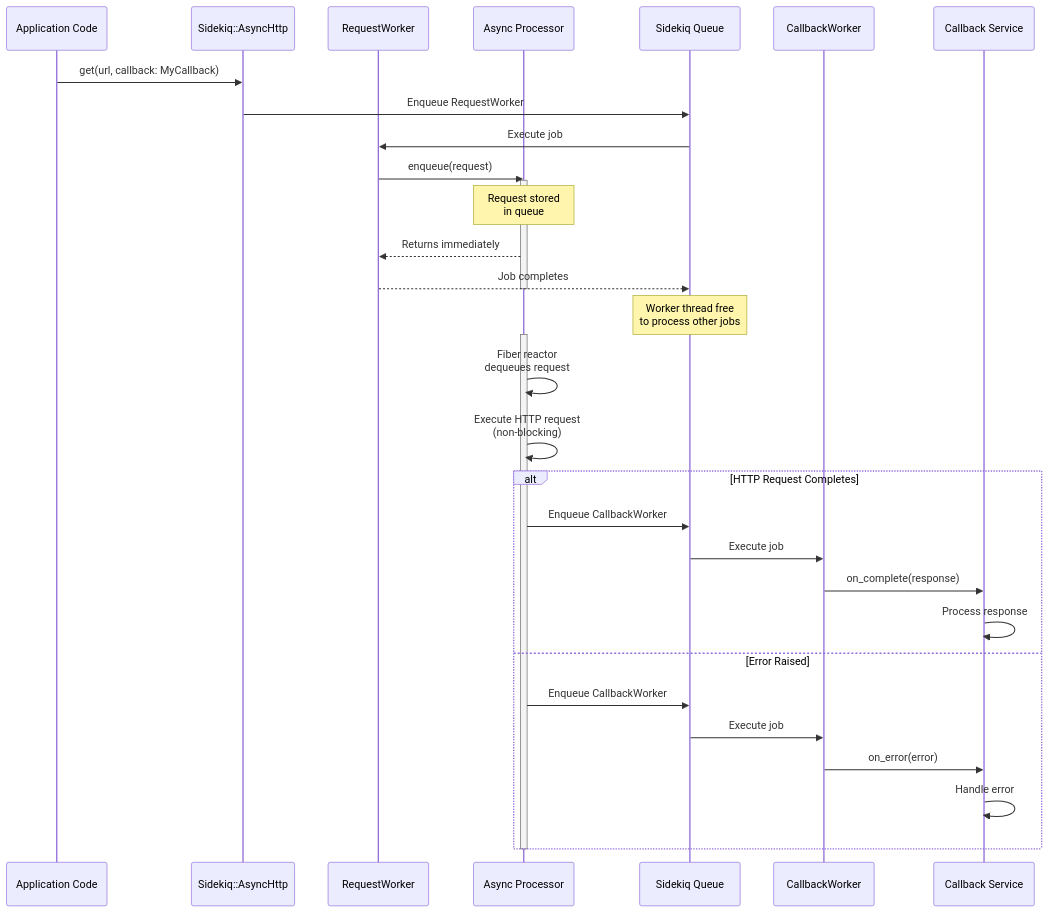
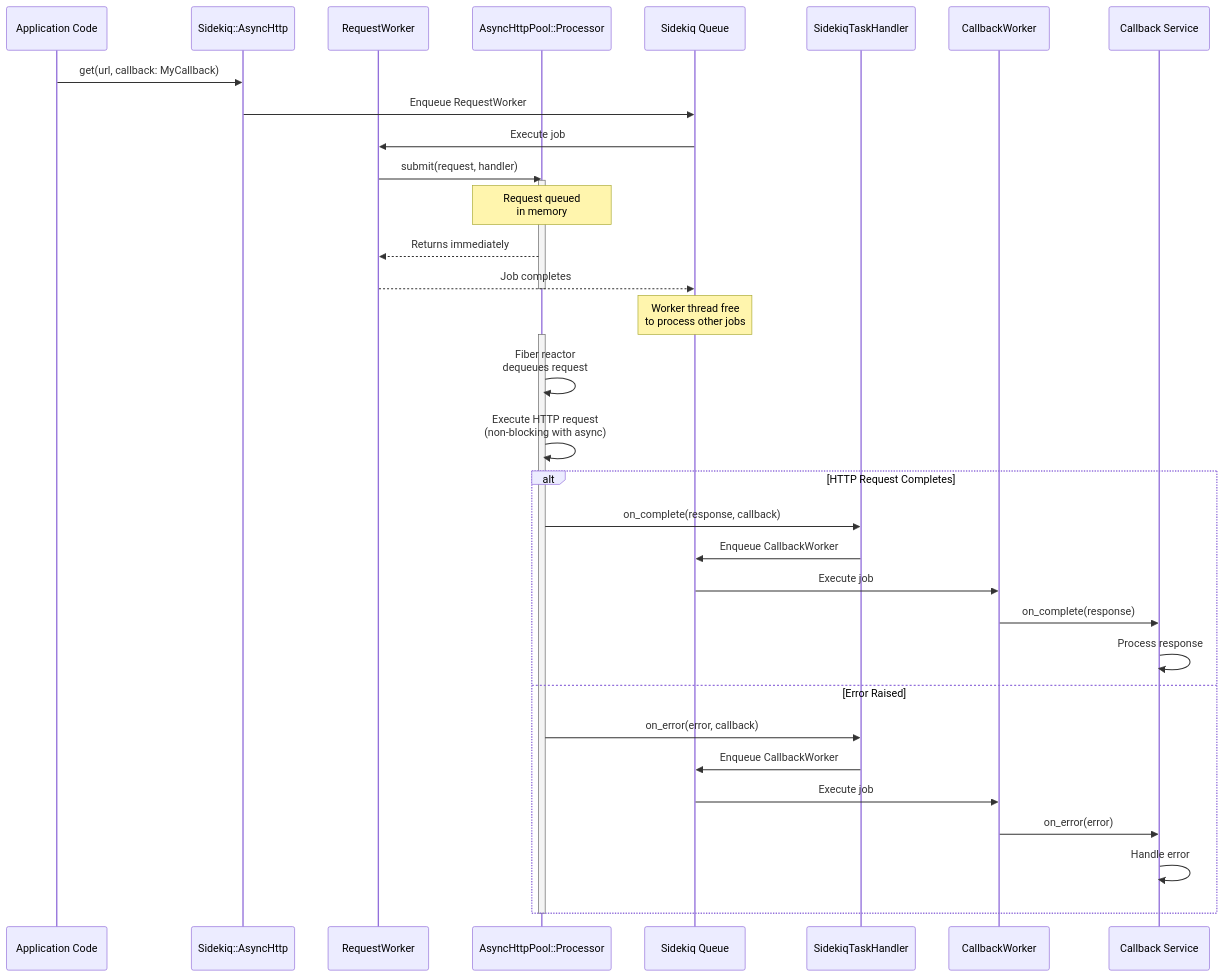
Before and after one commit to bdurand/patient_http-sidekiq: the first of 2 diagrams in ARCHITECTURE.md, drawn with Mermaid. The commit also changed other lines of this file and 2 other files, not shown here.

````diff
--- a/ARCHITECTURE.md
+++ b/ARCHITECTURE.md
@@ -70,39 +100,42 @@
 ```mermaid
 sequenceDiagram
     participant App as Application Code
     participant Module as Sidekiq::AsyncHttp
     participant ReqWorker as RequestWorker
-    participant Processor as Async Processor
+    participant Processor as AsyncHttpPool::Processor
     participant Sidekiq as Sidekiq Queue
+    participant Handler as SidekiqTaskHandler
     participant CbWorker as CallbackWorker
     participant Callback as Callback Service
 
     App->>Module: get(url, callback: MyCallback)
     Module->>Sidekiq: Enqueue RequestWorker
     Sidekiq->>ReqWorker: Execute job
-    ReqWorker->>Processor: enqueue(request)
+    ReqWorker->>Processor: submit(request, handler)
     activate Processor
-    Note over Processor: Request stored<br/>in queue
+    Note over Processor: Request queued<br/>in memory
     Processor-->>ReqWorker: Returns immediately
     ReqWorker-->>Sidekiq: Job completes
     deactivate Processor
 
     Note over Sidekiq: Worker thread free<br/>to process other jobs
 
     activate Processor
     Processor->>Processor: Fiber reactor<br/>dequeues request
-    Processor->>Processor: Execute HTTP request<br/>(non-blocking)
+    Processor->>Processor: Execute HTTP request<br/>(non-blocking with async)
 
     alt HTTP Request Completes
-        Processor->>Sidekiq: Enqueue CallbackWorker
+        Processor->>Handler: on_complete(response, callback)
+        Handler->>Sidekiq: Enqueue CallbackWorker
         Sidekiq->>CbWorker: Execute job
         CbWorker->>Callback: on_complete(response)
         Callback->>Callback: Process response
     else Error Raised
-        Processor->>Sidekiq: Enqueue CallbackWorker
+        Processor->>Handler: on_error(error, callback)
+        Handler->>Sidekiq: Enqueue CallbackWorker
         Sidekiq->>CbWorker: Execute job
         CbWorker->>Callback: on_error(error)
         Callback->>Callback: Handle error
     end
     deactivate Processor
 ```
````
